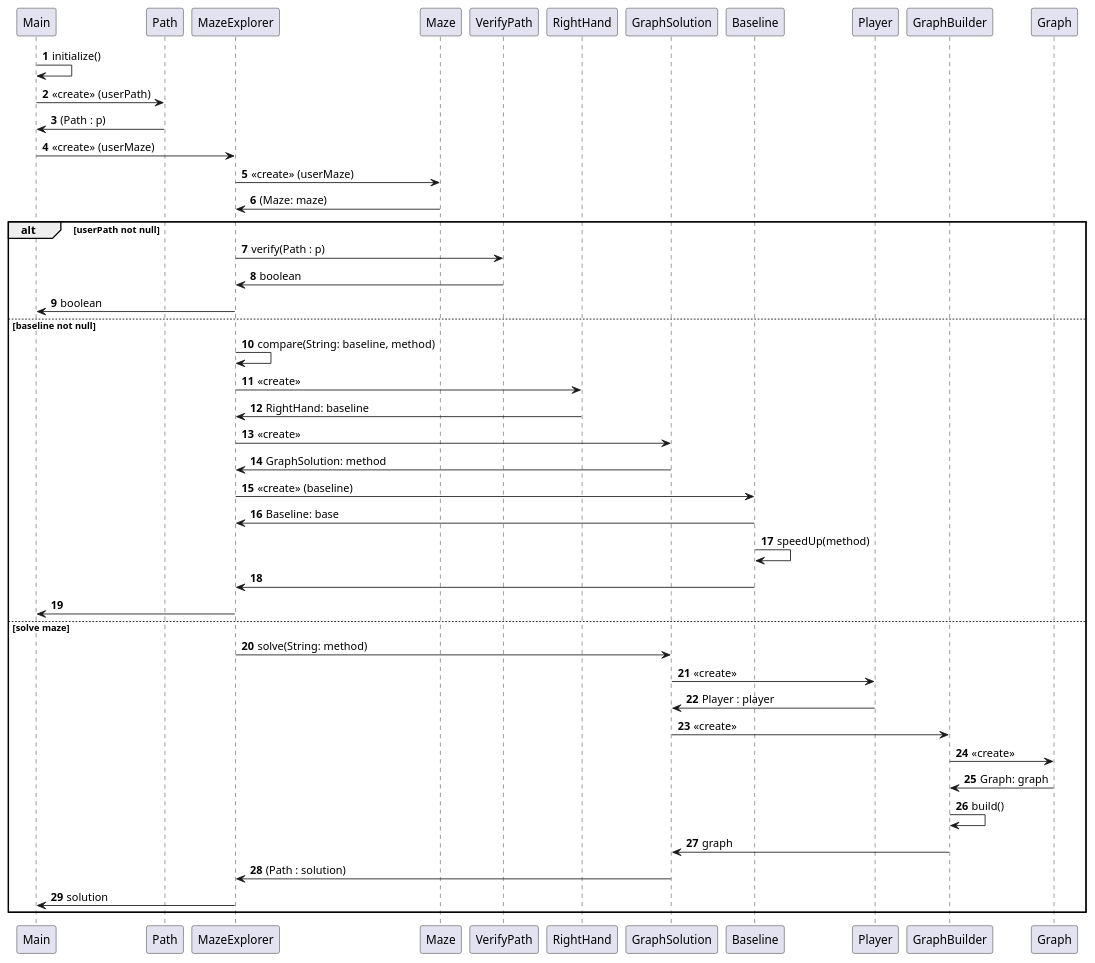
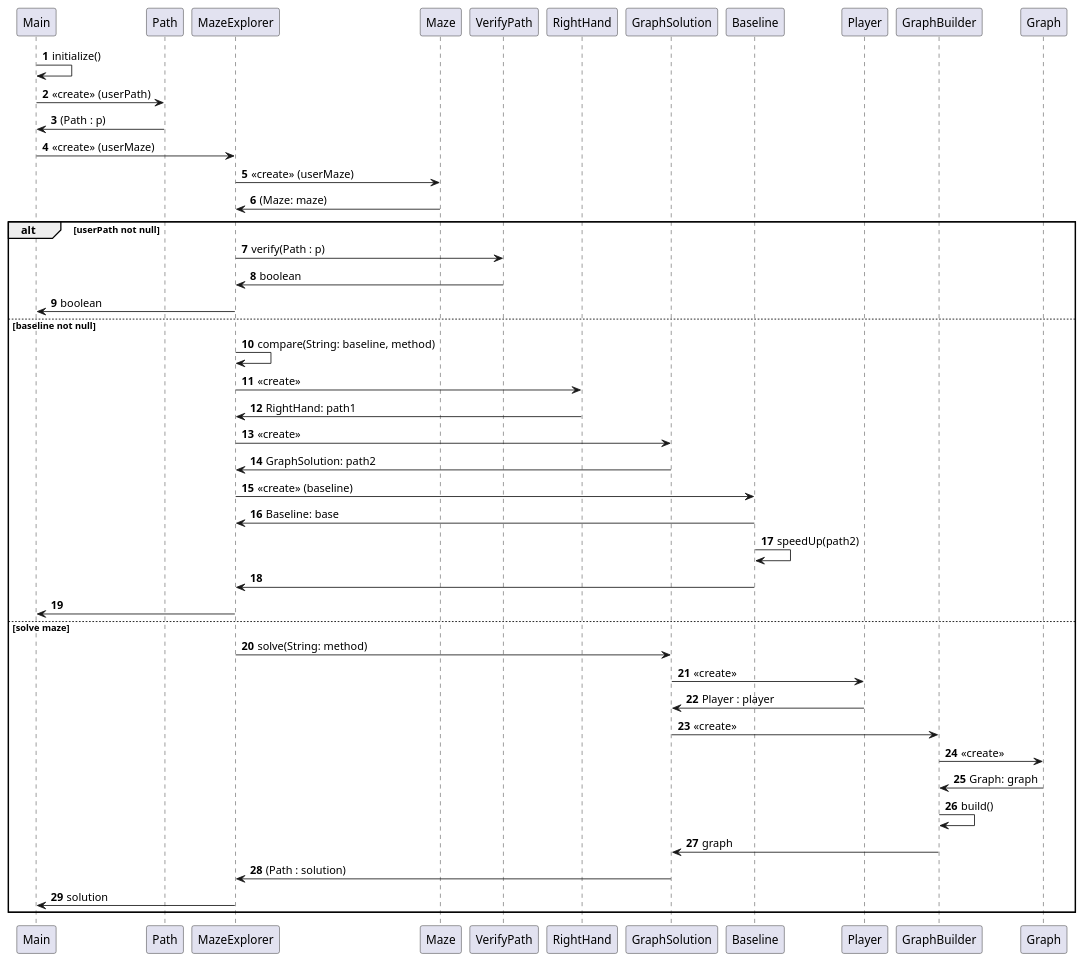
The diagram in uml/Flow.puml (2AA4-W24/a3-maze-runner-take-two-jjustin-k), drawn with PlantUML before and after one commit. The commit also changed 3 other files, not shown here.

```diff
--- a/uml/Flow.puml
+++ b/uml/Flow.puml
@@ -1,57 +1,57 @@
 @startuml
 'https://plantuml.com/sequence-diagram
 
 autonumber
 
 Main -> Main: initialize()
 Main -> Path: <<create>> (userPath)
 Path -> Main: (Path : p)
 Main -> MazeExplorer: <<create>> (userMaze)
 
 MazeExplorer -> Maze: <<create>> (userMaze)
 Maze -> MazeExplorer: (Maze: maze)
 
 
 alt userPath not null
 
 
 
 MazeExplorer -> VerifyPath: verify(Path : p)
 VerifyPath -> MazeExplorer: boolean
 MazeExplorer -> Main: boolean
 
 else baseline not null
 MazeExplorer -> MazeExplorer: compare(String: baseline, method)
 MazeExplorer -> RightHand: <<create>>
-RightHand -> MazeExplorer: RightHand: baseline
+RightHand -> MazeExplorer: RightHand: path1
 MazeExplorer -> GraphSolution: <<create>>
-GraphSolution -> MazeExplorer: GraphSolution: method
+GraphSolution -> MazeExplorer: GraphSolution: path2
 MazeExplorer -> Baseline: <<create>> (baseline)
 Baseline -> MazeExplorer: Baseline: base
-Baseline -> Baseline: speedUp(method)
+Baseline -> Baseline: speedUp(path2)
 Baseline -> MazeExplorer
 MazeExplorer -> Main
 
 else solve maze
 
 MazeExplorer -> GraphSolution: solve(String: method)
 GraphSolution -> Player : <<create>>
 Player -> GraphSolution : Player : player
 GraphSolution -> GraphBuilder: <<create>>
 
 GraphBuilder -> Graph: <<create>>
 Graph -> GraphBuilder: Graph: graph
 GraphBuilder -> GraphBuilder: build()
 
 GraphBuilder -> GraphSolution: graph
 
 
 
 GraphSolution -> MazeExplorer: (Path : solution)
 MazeExplorer -> Main: solution
 
 
 end
 
 
 @enduml
```
